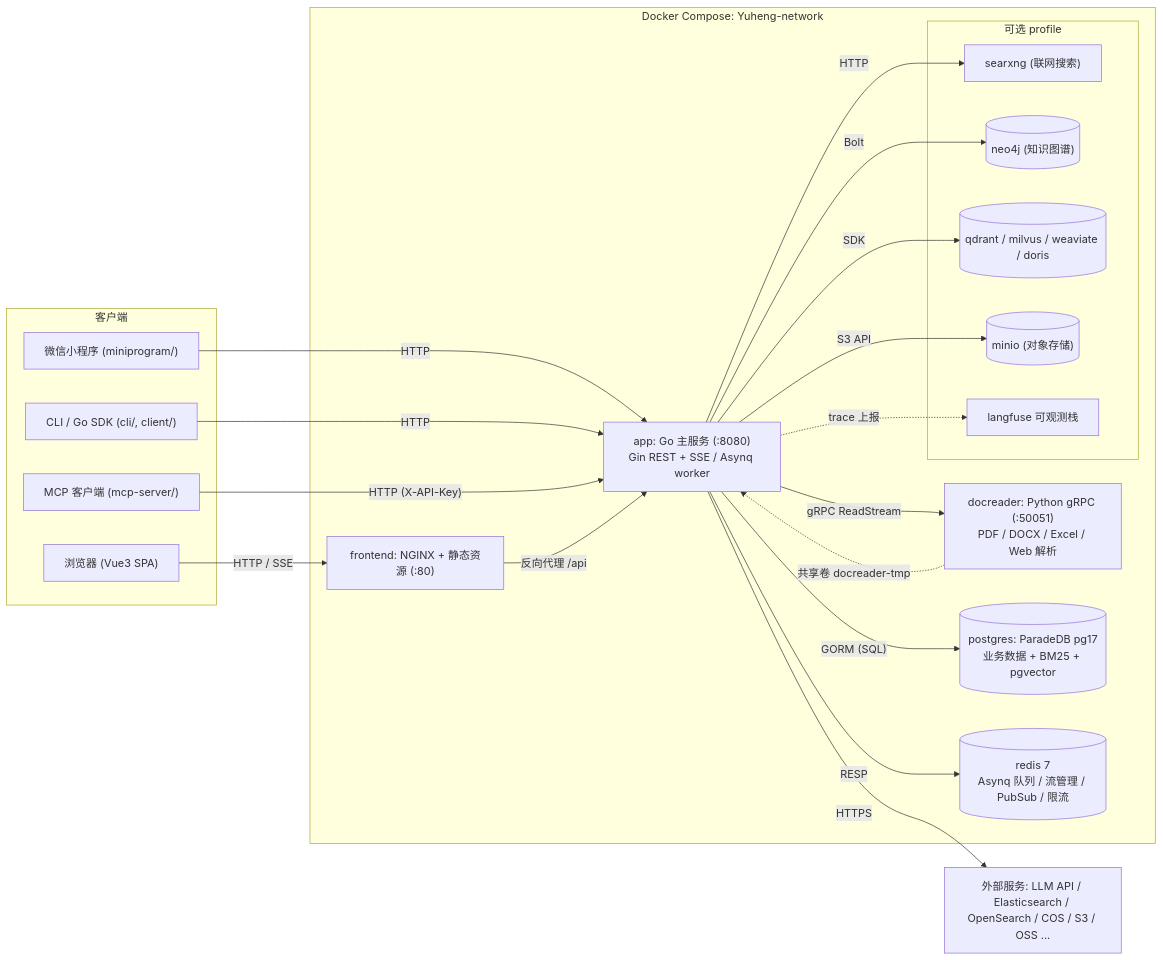
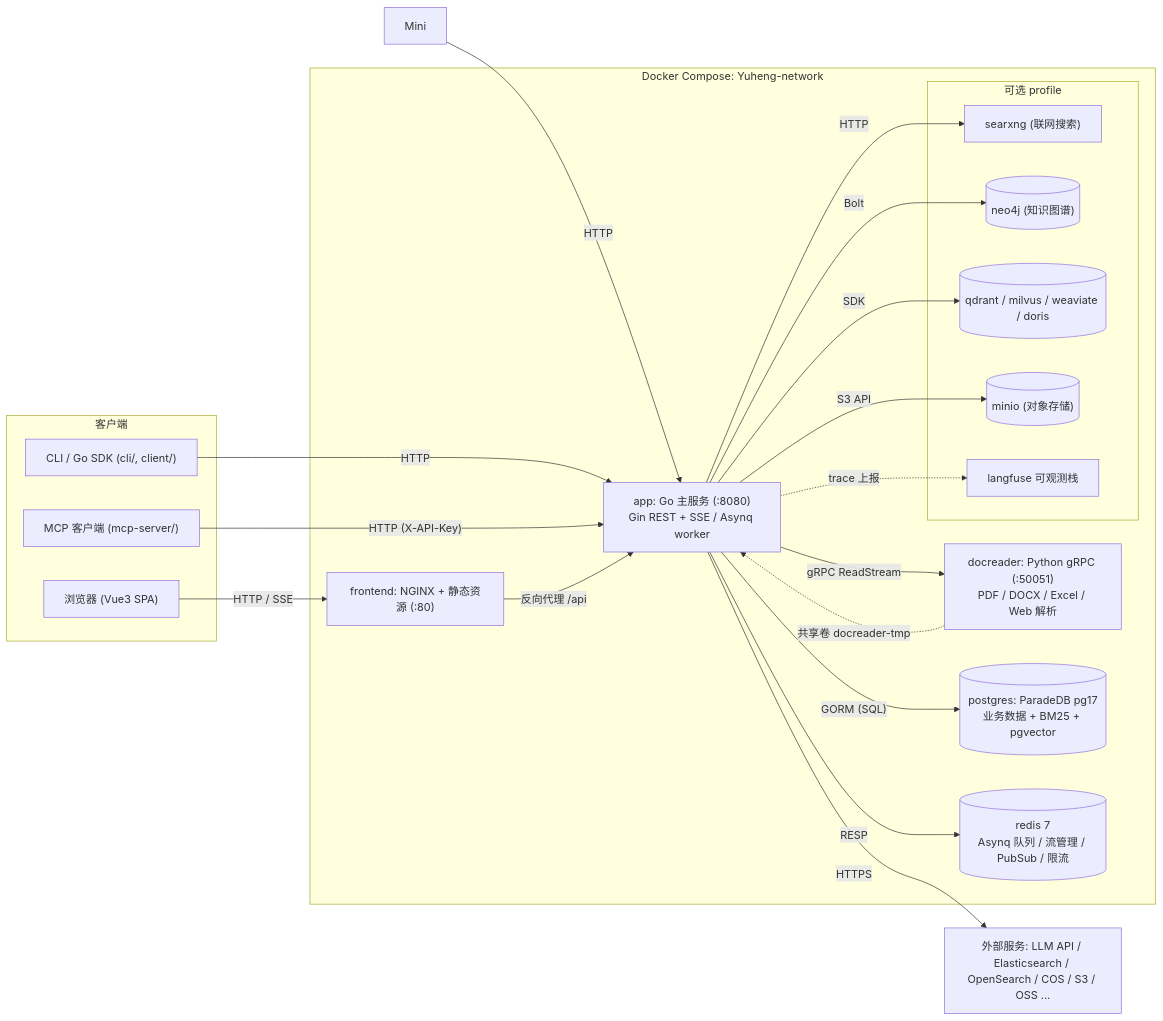
Before and after one commit to magicyuan876/Yuheng: the first of 2 diagrams in website-docs/02-architecture/01-overview.md, drawn with Mermaid. The commit also changed other lines of this file and 162 other files, not shown here.

````diff
--- a/website-docs/02-architecture/01-overview.md
+++ b/website-docs/02-architecture/01-overview.md
@@ -85,42 +82,41 @@
 ```mermaid
 graph LR
     subgraph Clients["客户端"]
         Browser["浏览器 (Vue3 SPA)"]
-        Mini["微信小程序 (miniprogram/)"]
         CLI["CLI / Go SDK (cli/, client/)"]
         MCPC["MCP 客户端 (mcp-server/)"]
     end
 
     subgraph Compose["Docker Compose: Yuheng-network"]
         FE["frontend: NGINX + 静态资源 (:80)"]
         APP["app: Go 主服务 (:8080)<br/>Gin REST + SSE / Asynq worker"]
         DR["docreader: Python gRPC (:50051)<br/>PDF / DOCX / Excel / Web 解析"]
         PG[("postgres: ParadeDB pg17<br/>业务数据 + BM25 + pgvector")]
         RD[("redis 7<br/>Asynq 队列 / 流管理 / PubSub / 限流")]
         subgraph Optional["可选 profile"]
             SX["searxng (联网搜索)"]
             NEO[("neo4j (知识图谱)")]
             VDB[("qdrant / milvus / weaviate / doris")]
             MINIO[("minio (对象存储)")]
             LF["langfuse 可观测栈"]
         end
     end
 
     EXT["外部服务: LLM API / Elasticsearch / OpenSearch / COS / S3 / OSS ..."]
 
     Browser -->|"HTTP / SSE"| FE
     Mini -->|"HTTP"| APP
     CLI -->|"HTTP"| APP
     MCPC -->|"HTTP (X-API-Key)"| APP
     FE -->|"反向代理 /api"| APP
     APP -->|"gRPC ReadStream"| DR
     APP -->|"GORM (SQL)"| PG
     APP -->|"RESP"| RD
     APP -->|"HTTP"| SX
     APP -->|"Bolt"| NEO
     APP -->|"SDK"| VDB
     APP -->|"S3 API"| MINIO
     APP -->|"HTTPS"| EXT
     APP -.->|"trace 上报"| LF
     DR -.->|"共享卷 docreader-tmp"| APP
 ```
````
